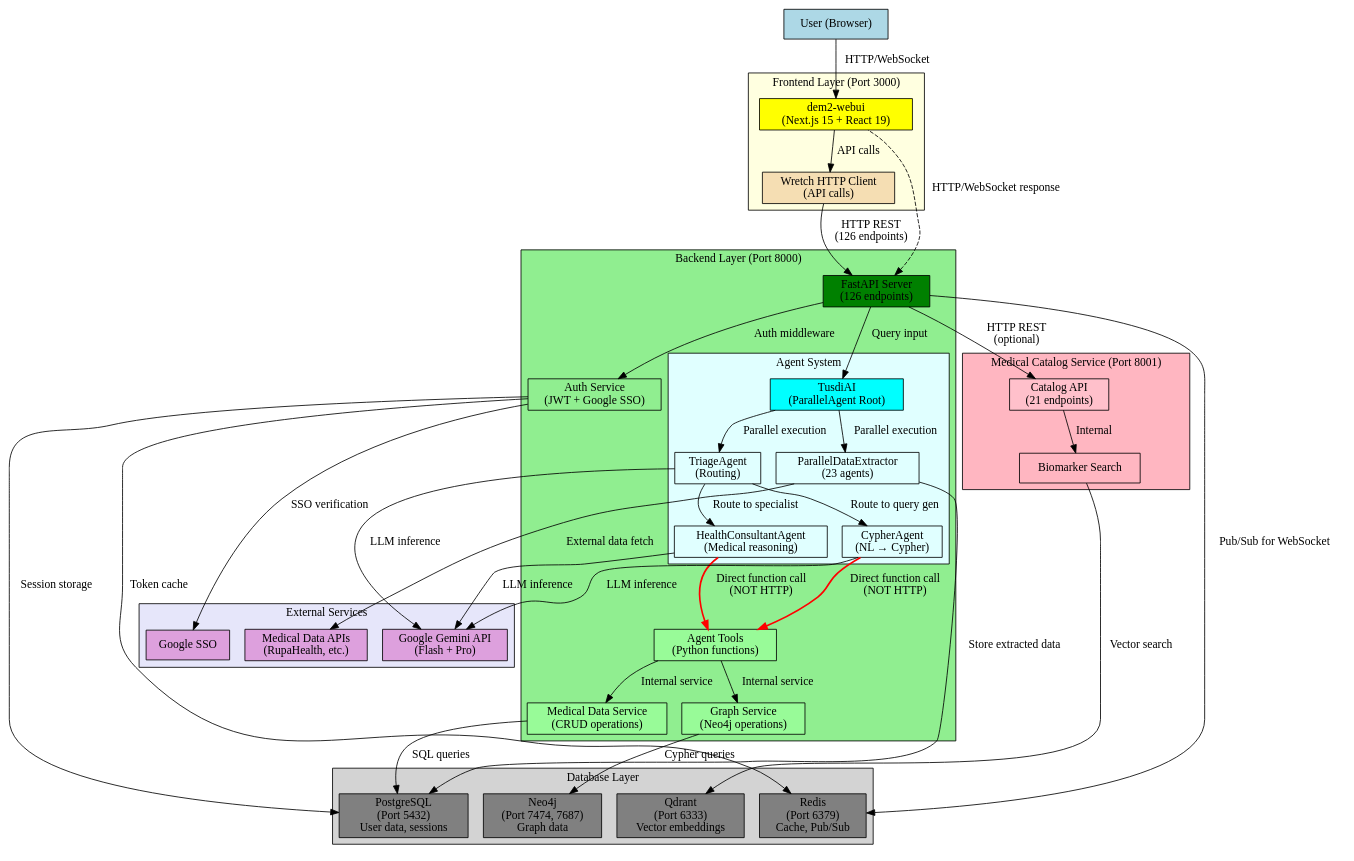
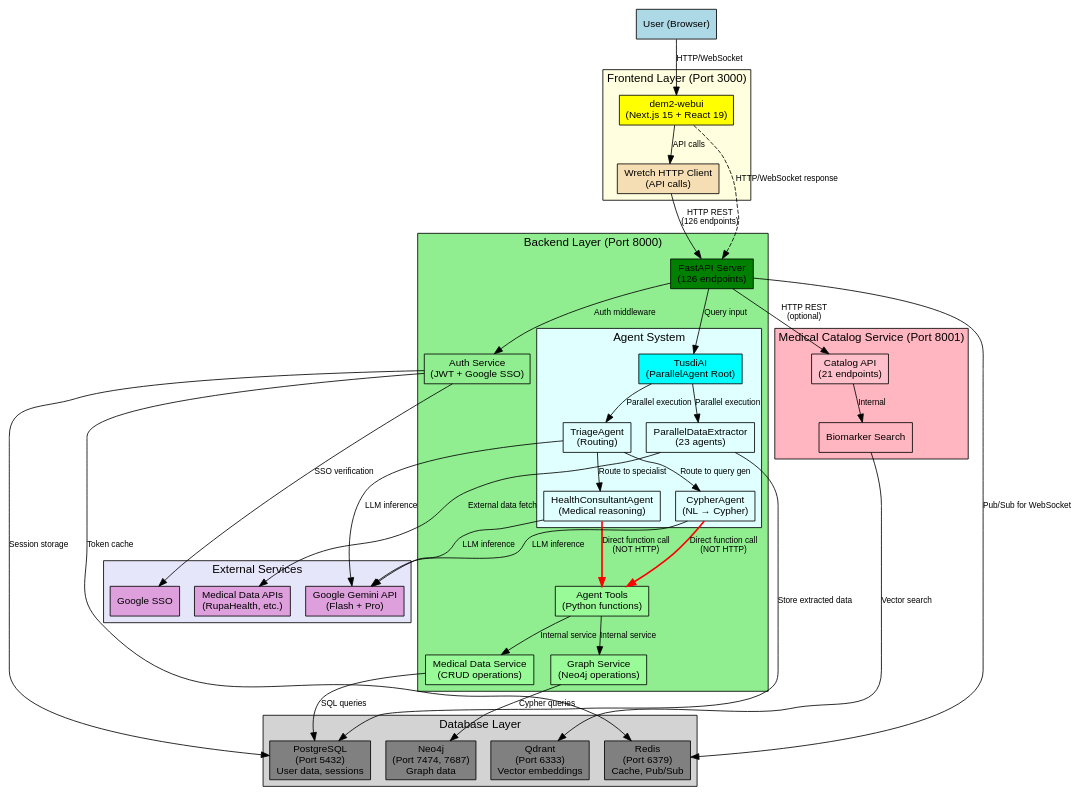
The diagram in docs/DATAFLOW_system_architecture.dot (NumberOne-AI/machina-meta), drawn with Graphviz before and after one commit. The commit also changed 4 other files, not shown here.

First line of the commit message:
docs: improve font sizes in all Graphviz diagrams

```diff
--- a/docs/DATAFLOW_system_architecture.dot
+++ b/docs/DATAFLOW_system_architecture.dot
@@ -1,129 +1,133 @@
 // MachinaMed System Architecture
 // Complete component and data flow diagram
 digraph SystemArchitecture {
     rankdir=TB;
     compound=true;
-    node [shape=box, style=filled];
+
+    // Font settings for readability
+    graph [fontsize=14, fontname="Arial"];
+    node [shape=box, style=filled, fontsize=12, fontname="Arial"];
+    edge [fontsize=10, fontname="Arial"];
 
     // User layer
     user [label="User (Browser)", fillcolor=lightblue];
 
     // Frontend cluster
     subgraph cluster_frontend {
         label="Frontend Layer (Port 3000)";
         fillcolor=lightyellow;
         style=filled;
 
         webui [label="dem2-webui\n(Next.js 15 + React 19)", fillcolor=yellow];
         wretch [label="Wretch HTTP Client\n(API calls)", fillcolor=wheat];
     }
 
     // Backend cluster
     subgraph cluster_backend {
         label="Backend Layer (Port 8000)";
         fillcolor=lightgreen;
         style=filled;
 
         fastapi [label="FastAPI Server\n(126 endpoints)", fillcolor=green];
         auth_service [label="Auth Service\n(JWT + Google SSO)", fillcolor=lightgreen];
 
         subgraph cluster_agents {
             label="Agent System";
             fillcolor=lightcyan;
             style=filled;
 
             tusdi_ai [label="TusdiAI\n(ParallelAgent Root)", fillcolor=cyan];
             triage [label="TriageAgent\n(Routing)", fillcolor=lightcyan];
             data_extractor [label="ParallelDataExtractor\n(23 agents)", fillcolor=lightcyan];
             health_consultant [label="HealthConsultantAgent\n(Medical reasoning)", fillcolor=lightcyan];
             cypher [label="CypherAgent\n(NL → Cypher)", fillcolor=lightcyan];
         }
 
         agent_tools [label="Agent Tools\n(Python functions)", fillcolor=palegreen];
         graph_service [label="Graph Service\n(Neo4j operations)", fillcolor=palegreen];
         med_data_service [label="Medical Data Service\n(CRUD operations)", fillcolor=palegreen];
     }
 
     // Medical Catalog Service
     subgraph cluster_medical_catalog {
         label="Medical Catalog Service (Port 8001)";
         fillcolor=lightpink;
         style=filled;
 
         catalog_api [label="Catalog API\n(21 endpoints)", fillcolor=pink];
         catalog_search [label="Biomarker Search", fillcolor=lightpink];
     }
 
     // Database layer
     subgraph cluster_databases {
         label="Database Layer";
         fillcolor=lightgray;
         style=filled;
 
         postgres [label="PostgreSQL\n(Port 5432)\nUser data, sessions", fillcolor=gray];
         neo4j [label="Neo4j\n(Port 7474, 7687)\nGraph data", fillcolor=gray];
         redis [label="Redis\n(Port 6379)\nCache, Pub/Sub", fillcolor=gray];
         qdrant [label="Qdrant\n(Port 6333)\nVector embeddings", fillcolor=gray];
     }
 
     // External services
     subgraph cluster_external {
         label="External Services";
         fillcolor=lavender;
         style=filled;
 
         gemini [label="Google Gemini API\n(Flash + Pro)", fillcolor=plum];
         google_sso [label="Google SSO", fillcolor=plum];
         medical_apis [label="Medical Data APIs\n(RupaHealth, etc.)", fillcolor=plum];
     }
 
     // User interactions
     user -> webui [label="HTTP/WebSocket"];
 
     // Frontend to backend
     webui -> wretch [label="API calls"];
     wretch -> fastapi [label="HTTP REST\n(126 endpoints)"];
 
     // Authentication flow
     fastapi -> auth_service [label="Auth middleware"];
     auth_service -> google_sso [label="SSO verification"];
     auth_service -> postgres [label="Session storage"];
     auth_service -> redis [label="Token cache"];
 
     // Agent system flow
     fastapi -> tusdi_ai [label="Query input"];
     tusdi_ai -> triage [label="Parallel execution"];
     tusdi_ai -> data_extractor [label="Parallel execution"];
     triage -> health_consultant [label="Route to specialist"];
     triage -> cypher [label="Route to query gen"];
 
     // Agent to tools (internal Python calls)
     health_consultant -> agent_tools [label="Direct function call\n(NOT HTTP)", style=bold, color=red];
     cypher -> agent_tools [label="Direct function call\n(NOT HTTP)", style=bold, color=red];
 
     // Tools to services
     agent_tools -> graph_service [label="Internal service"];
     agent_tools -> med_data_service [label="Internal service"];
 
     // Service to database
     graph_service -> neo4j [label="Cypher queries"];
     med_data_service -> postgres [label="SQL queries"];
     fastapi -> redis [label="Pub/Sub for WebSocket"];
 
     // Medical catalog integration
     fastapi -> catalog_api [label="HTTP REST\n(optional)"];
     catalog_api -> catalog_search [label="Internal"];
     catalog_search -> qdrant [label="Vector search"];
 
     // Agent to external services
     health_consultant -> gemini [label="LLM inference"];
     cypher -> gemini [label="LLM inference"];
     triage -> gemini [label="LLM inference"];
 
     // Data extraction
     data_extractor -> medical_apis [label="External data fetch"];
     data_extractor -> postgres [label="Store extracted data"];
 
     // Response path (simplified)
     fastapi -> webui [label="HTTP/WebSocket response", style=dashed, dir=back];
 }
```
